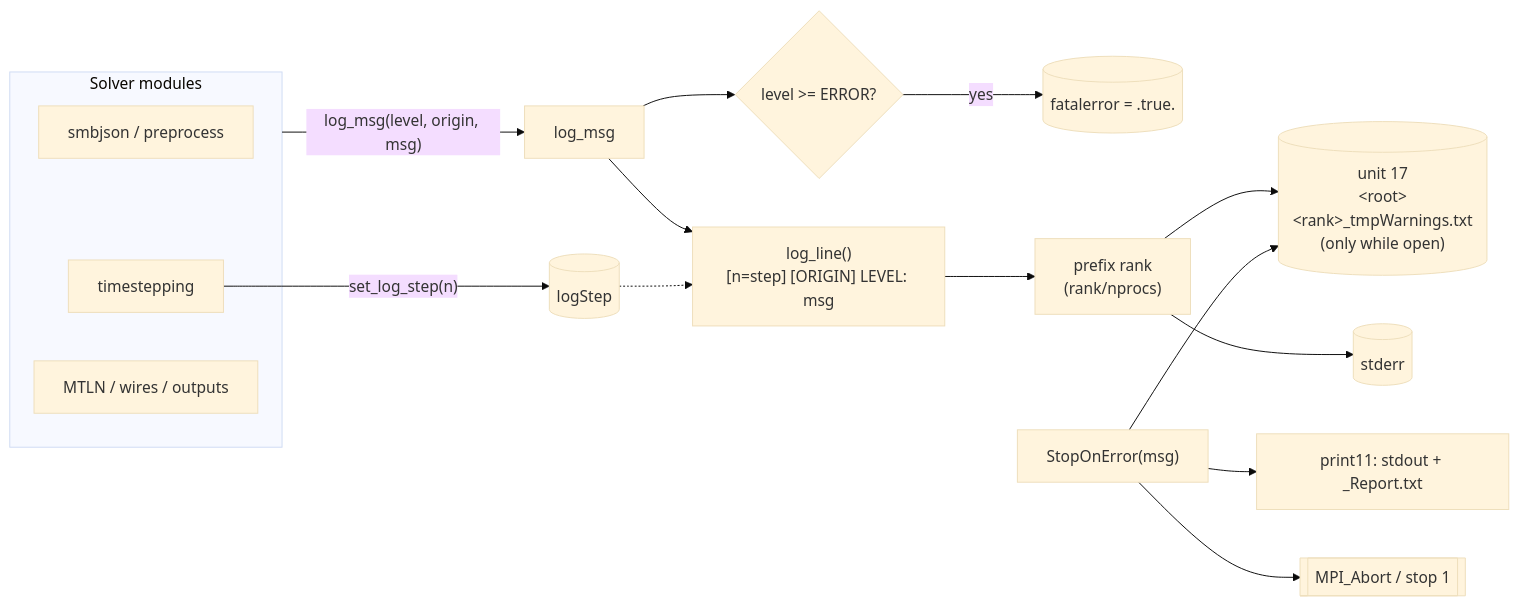
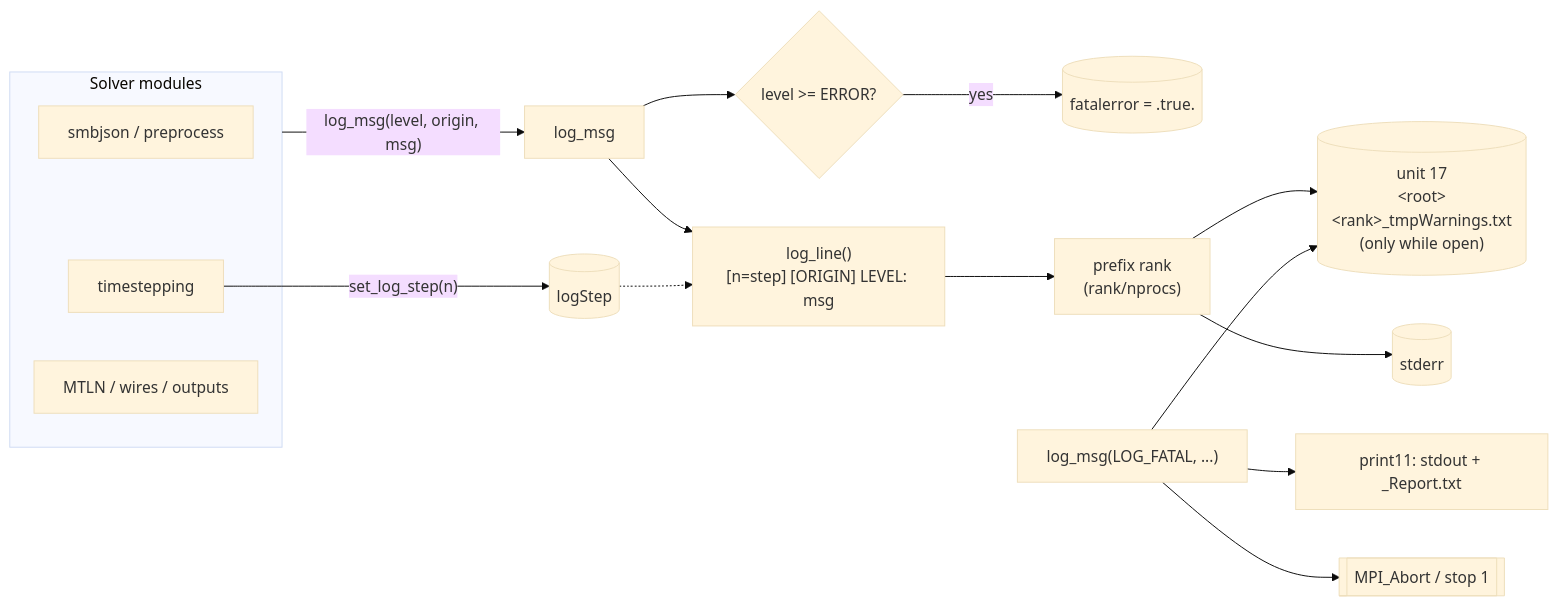
One commit to OpenSEMBA/fdtd changed the second of 3 diagrams in doc/logging.md. Above: the diagram before and after it, drawn with Mermaid (base theme). The commit also changed other lines of this file and 1 other file, not shown here.

Commit message:
FDTD | docs | ELEMDEV-80 | Document LOG_FATAL and set_log_rank in logging guide and AGENTS

````diff
--- a/doc/logging.md
+++ b/doc/logging.md
@@ -49,23 +50,23 @@
 ```mermaid
 flowchart LR
     subgraph callers [Solver modules]
         P[smbjson / preprocess]
         S[timestepping]
         M[MTLN / wires / outputs]
     end
 
     callers -->|"log_msg(level, origin, msg)"| L[log_msg]
     L --> F{"level >= ERROR?"}
     F -- yes --> FE[(fatalerror = .true.)]
     L --> FMT["log_line()<br/>[n=step] [ORIGIN] LEVEL: msg"]
     FMT --> PFX["prefix rank<br/>(rank/nprocs)"]
     PFX --> U17[("unit 17<br/>&lt;root&gt;&lt;rank&gt;_tmpWarnings.txt<br/>(only while open)")]
     PFX --> ERR[(stderr)]
 
     S -->|"set_log_step(n)"| STEP[(logStep)]
     STEP -.-> FMT
 
-    SOE["StopOnError(msg)"] --> OUT11["print11: stdout + _Report.txt"]
+    SOE["log_msg(LOG_FATAL, ...)"] --> OUT11["print11: stdout + _Report.txt"]
     SOE --> U17
     SOE --> X[["MPI_Abort / stop 1"]]
 ```
````
